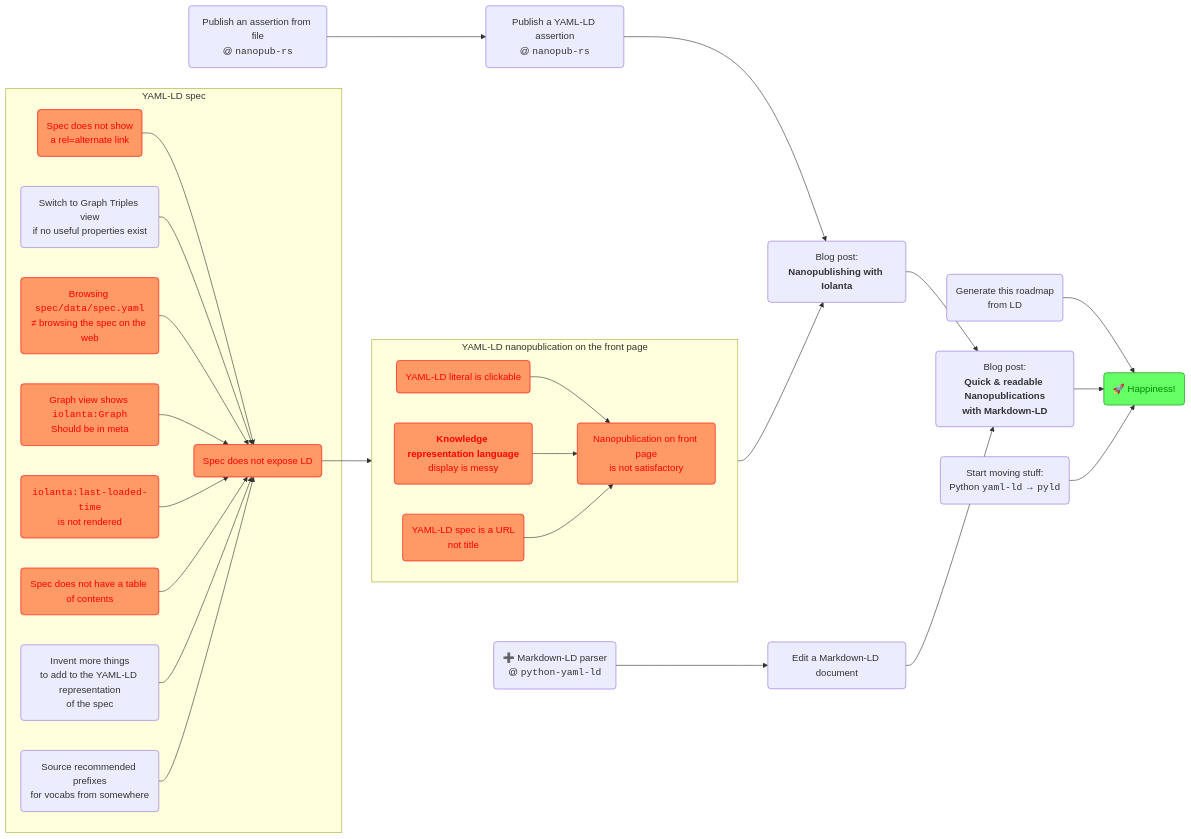
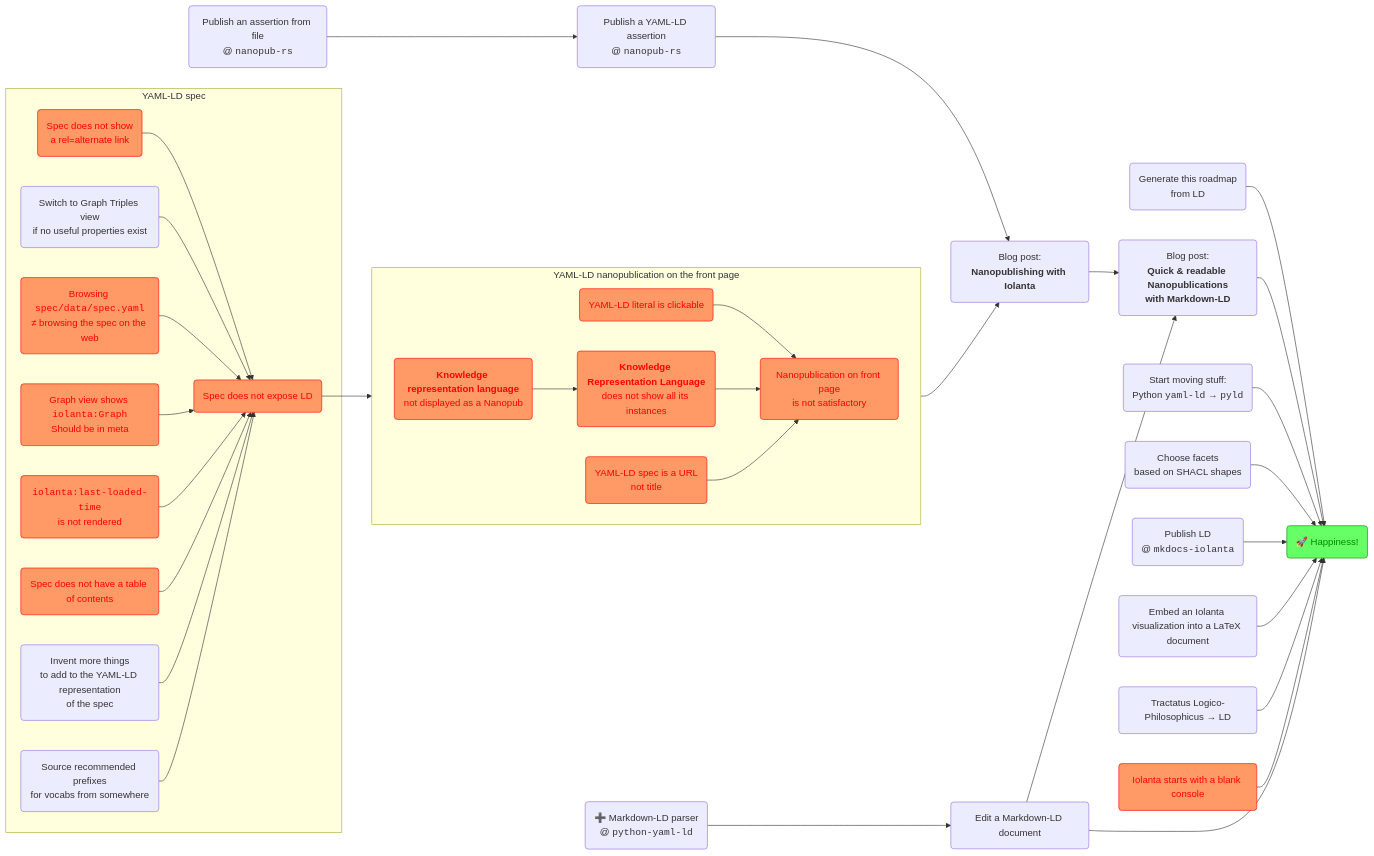
One commit to iolanta-tech/iolanta changed the diagram in docs/roadmap.md. Above: the diagram before and after it, drawn with Mermaid.

Commit message:
#207 Update roadmap

````diff
--- a/docs/roadmap.md
+++ b/docs/roadmap.md
@@ -15,63 +15,74 @@
 ```mermaid
 graph LR
     happiness("🚀 Happiness!")
     classDef happiness fill:#6f6,color:#080,stroke:#080,stroke-width:1px;
     class happiness happiness
     
     generate-roadmap("Generate this roadmap<br/>from LD") --> happiness
     
     nanopub-blog-post("Blog post:<br/><strong>Nanopublishing with Iolanta</strong>") --> markdown-nanopub-blog-post("Blog post:<br/><strong>Quick & readable Nanopublications<br/>with Markdown-LD") --> happiness
     
     nanopub-rs-graph("Publish an assertion from file<br/>@ <code>nanopub-rs</code>") --> nanopub-yaml-ld("Publish a YAML-LD assertion<br/>@ <code>nanopub-rs</code>") --> nanopub-blog-post
     
     plan-yaml-ld-to-pyld("Start moving stuff:<br/>Python <code>yaml-ld</code> → <code>pyld</code>") --> happiness
     
+    shacl("Choose facets<br/>based on SHACL shapes") --> happiness
+    publish-with-mkdocs("Publish LD<br/>@ <code>mkdocs-iolanta</code>") --> happiness
+    
+    tex("Embed an Iolanta visualization into a LaTeX document") --> happiness
+    tractatus("Tractatus Logico-Philosophicus → LD") --> happiness
+    
+    starts-from-console("Iolanta starts with a blank console") --> happiness
+    class starts-from-console bug
+    
     subgraph "YAML-LD nanopublication on the front page"
         direction LR
         nanopublication-is-not-satisfactory("Nanopublication on front page<br/>is not satisfactory")
         class nanopublication-is-not-satisfactory bug
         
         literal-clickable("YAML-LD literal is clickable") --> nanopublication-is-not-satisfactory
         click literal-clickable "https://github.com/iolanta-tech/iolanta/issues/260"
         class literal-clickable bug
         
-        fip-term-messy("<strong>Knowledge representation language</strong><br/>display is messy") --> nanopublication-is-not-satisfactory
+        fip-term-messy("<strong>Knowledge representation language</strong><br/>not displayed as a Nanopub") --> fip-term-instances("<strong>Knowledge Representation Language</strong><br/>does not show all its instances") --> nanopublication-is-not-satisfactory
         class fip-term-messy bug
+        class fip-term-instances bug
         
         spec("YAML-LD spec is a URL<br/>not title") --> nanopublication-is-not-satisfactory
         class spec bug
     end
     
     subgraph "YAML-LD spec"
         spec-not-ld("Spec does not expose LD") --> spec
         class spec-not-ld bug
 
         rel-alternate("Spec does not show<br/>a rel=alternate link") --> spec-not-ld
         class rel-alternate bug
         
         switch-to-graph("Switch to Graph Triples view<br/>if no useful properties exist") --> spec-not-ld
         
         mismatch("Browsing <code>spec/data/spec.yaml</code><br/>≠ browsing the spec on the web") --> spec-not-ld
         class mismatch bug
 
         gig("Graph view shows <code>iolanta:Graph</code><br/>Should be in meta") --> spec-not-ld
         class gig bug
         
         last-loaded-time("<code>iolanta:last-loaded-time</code><br/>is not rendered") --> spec-not-ld
         class last-loaded-time bug
         
         spec-toc("Spec does not have a table of contents") --> spec-not-ld
         class spec-toc bug
         
         more("Invent more things<br/>to add to the YAML-LD representation<br/>of the spec") --> spec-not-ld
         
         prefixes("Source recommended prefixes<br/>for vocabs from somewhere") --> spec-not-ld
     end
     
     nanopublication-is-not-satisfactory --> nanopub-blog-post
     
     python-yaml-ld-markdown-ld("➕ Markdown-LD parser<br/>@ <code>python-yaml-ld</code>") --> markdown-ld("Edit a Markdown-LD document") --> markdown-nanopub-blog-post
     click markdown-ld "https://github.com/iolanta-tech/iolanta/issues/261"
+    markdown-ld --> happiness
         
     classDef bug fill:#f96,color:#f00,stroke:#f00,stroke-width:1px;
 ```
````
